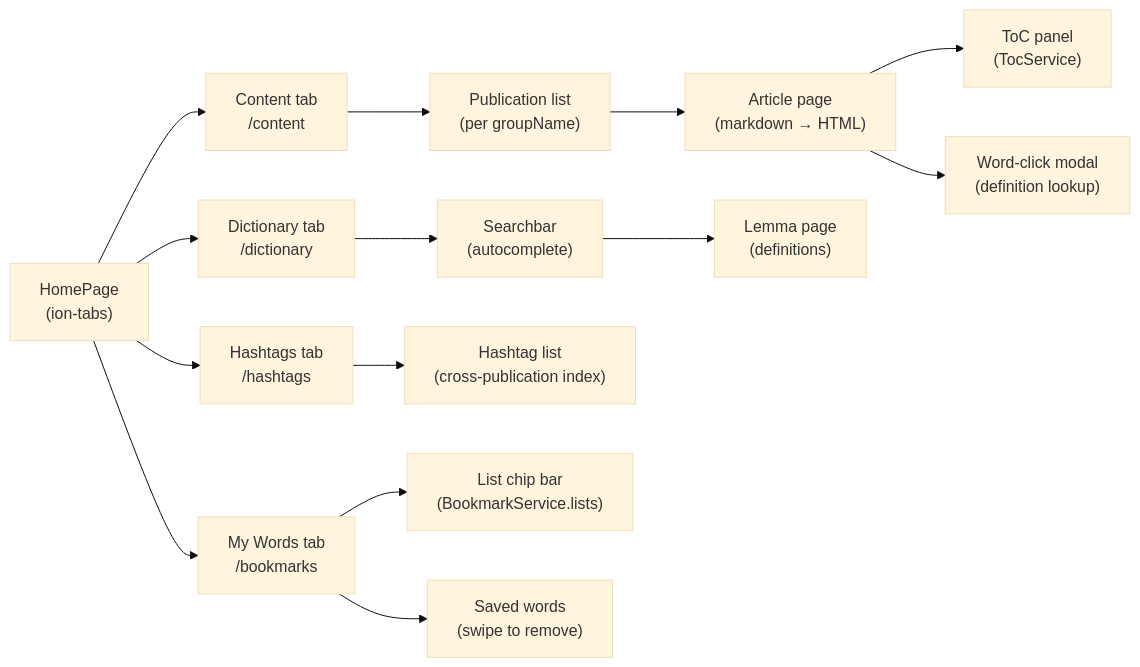
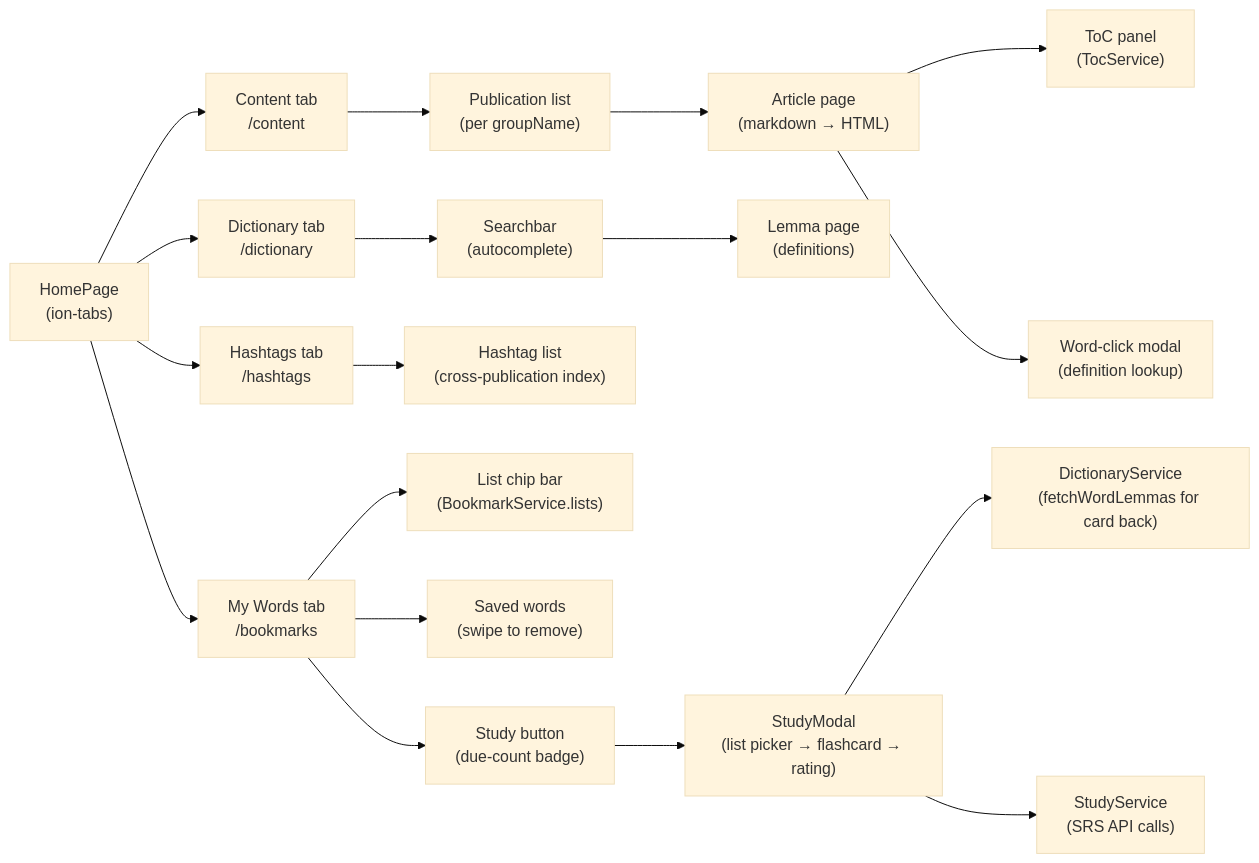
Before and after one commit to remarcmij/taalwiz-mono: the third of 8 diagrams in apps/taalwiz-web/ARCHITECTURE.md, drawn with Mermaid (base theme). The commit also changed other lines of this file and 21 other files, not shown here.

First line of the commit message:
feat: add SRS flashcard study mode for bookmarked words

````diff
--- a/apps/taalwiz-web/ARCHITECTURE.md
+++ b/apps/taalwiz-web/ARCHITECTURE.md
@@ -192,21 +198,25 @@
 ```mermaid
 graph LR
     HomePage["HomePage\n(ion-tabs)"]
     HomePage --> Content["Content tab\n/content"]
     HomePage --> Dictionary["Dictionary tab\n/dictionary"]
     HomePage --> Hashtags["Hashtags tab\n/hashtags"]
     HomePage --> Bookmarks["My Words tab\n/bookmarks"]
 
     Content --> Publication["Publication list\n(per groupName)"]
     Publication --> Article["Article page\n(markdown → HTML)"]
     Article --> TOC["ToC panel\n(TocService)"]
     Article --> WordModal["Word-click modal\n(definition lookup)"]
 
     Dictionary --> Searchbar["Searchbar\n(autocomplete)"]
     Searchbar --> Lemma["Lemma page\n(definitions)"]
 
     Hashtags --> HashtagList["Hashtag list\n(cross-publication index)"]
 
     Bookmarks --> ChipBar["List chip bar\n(BookmarkService.lists)"]
     Bookmarks --> WordList["Saved words\n(swipe to remove)"]
+    Bookmarks --> StudyBtn["Study button\n(due-count badge)"]
+    StudyBtn --> StudyModal["StudyModal\n(list picker → flashcard → rating)"]
+    StudyModal --> DictSvc["DictionaryService\n(fetchWordLemmas for card back)"]
+    StudyModal --> StudySvc["StudyService\n(SRS API calls)"]
 ```
````
